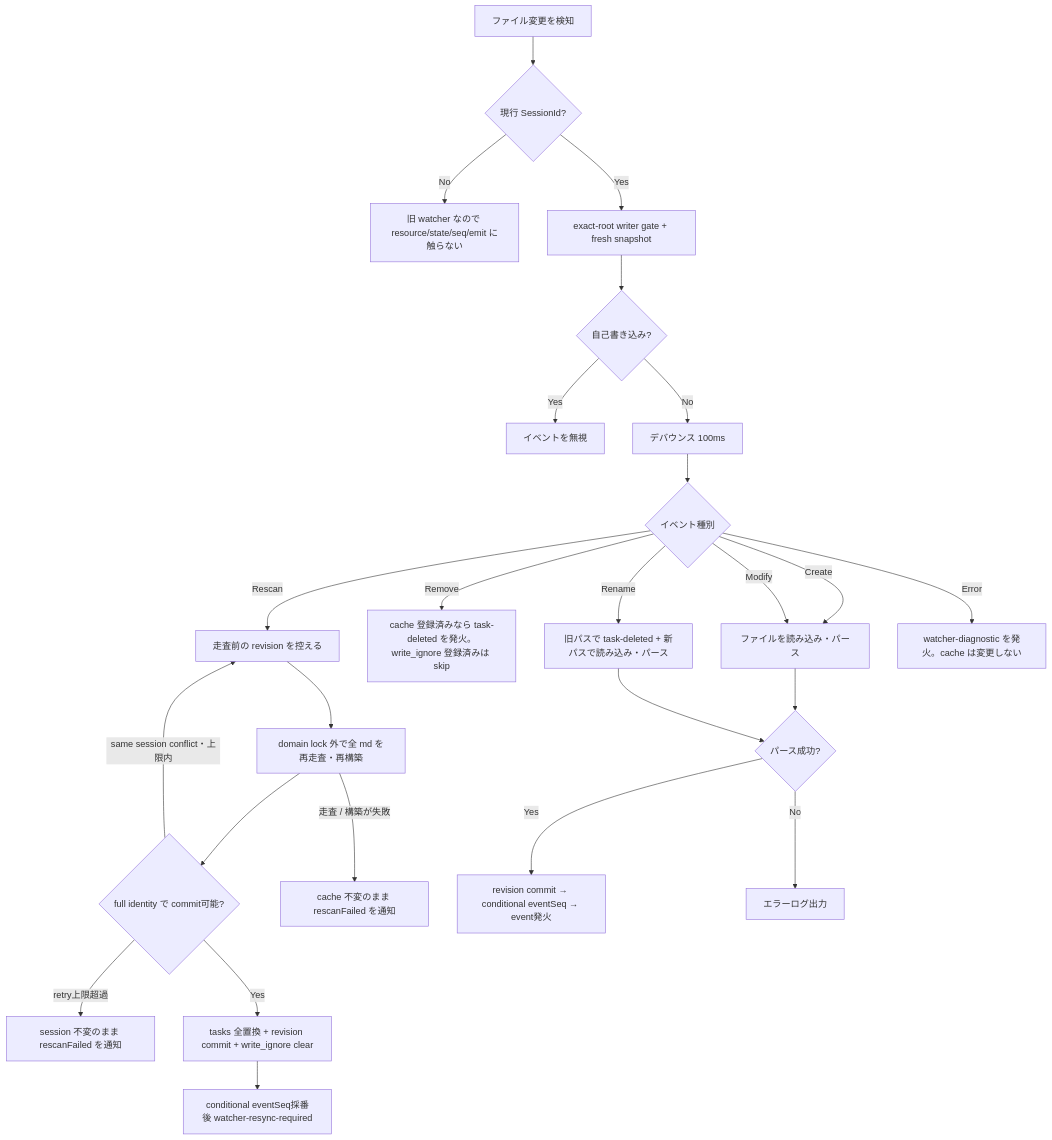
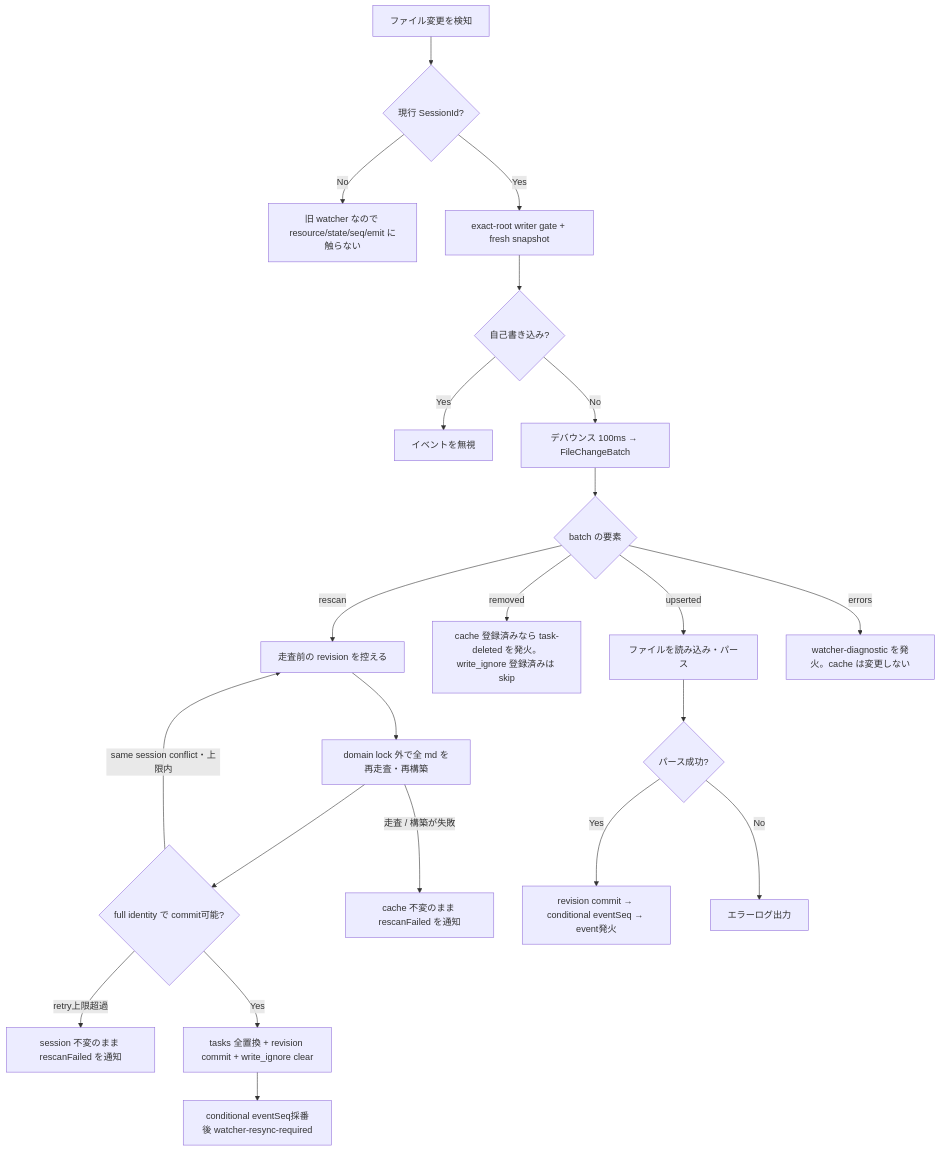
Before and after one commit to DIO0550/spec-board: the diagram in docs/spec-board/file-system-spec.md, drawn with Mermaid. The commit also changed other lines of this file, not shown here.

````diff
--- a/docs/spec-board/file-system-spec.md
+++ b/docs/spec-board/file-system-spec.md
@@ -526,27 +526,24 @@
 ```mermaid
 flowchart TD
     A[ファイル変更を検知] --> G0{現行 SessionId?}
     G0 -->|No| G1[旧 watcher なので resource/state/seq/emit に触らない]
     G0 -->|Yes| W[exact-root writer gate + fresh snapshot]
     W --> A1{自己書き込み?}
     A1 -->|Yes| A2[イベントを無視]
-    A1 -->|No| B[デバウンス 100ms]
-    B --> C{イベント種別}
-    C -->|Create| D[ファイルを読み込み・パース]
-    C -->|Modify| D
-    C -->|Remove| E[cache 登録済みなら task-deleted を発火。write_ignore 登録済みは skip]
-    C -->|Rename| R[旧パスで task-deleted + 新パスで読み込み・パース]
-    C -->|Rescan| S0[走査前の revision を控える]
-    C -->|Error| X[watcher-diagnostic を発火。cache は変更しない]
+    A1 -->|No| B[デバウンス 100ms → FileChangeBatch]
+    B --> C{batch の要素}
+    C -->|upserted| D[ファイルを読み込み・パース]
+    C -->|removed| E[cache 登録済みなら task-deleted を発火。write_ignore 登録済みは skip]
+    C -->|rescan| S0[走査前の revision を控える]
+    C -->|errors| X[watcher-diagnostic を発火。cache は変更しない]
     S0 --> S1[domain lock 外で全 md を再走査・再構築]
     S1 --> S2{full identity で commit可能?}
     S2 -->|same session conflict・上限内| S0
     S2 -->|retry上限超過| S6[session 不変のまま rescanFailed を通知]
     S2 -->|Yes| S3[tasks 全置換 + revision commit + write_ignore clear]
     S3 --> S4[conditional eventSeq採番後 watcher-resync-required]
     S1 -->|走査 / 構築が失敗| S5[cache 不変のまま rescanFailed を通知]
     D --> F{パース成功?}
-    R --> F
     F -->|Yes| G[revision commit → conditional eventSeq → event発火]
     F -->|No| H[エラーログ出力]
 ```
````
